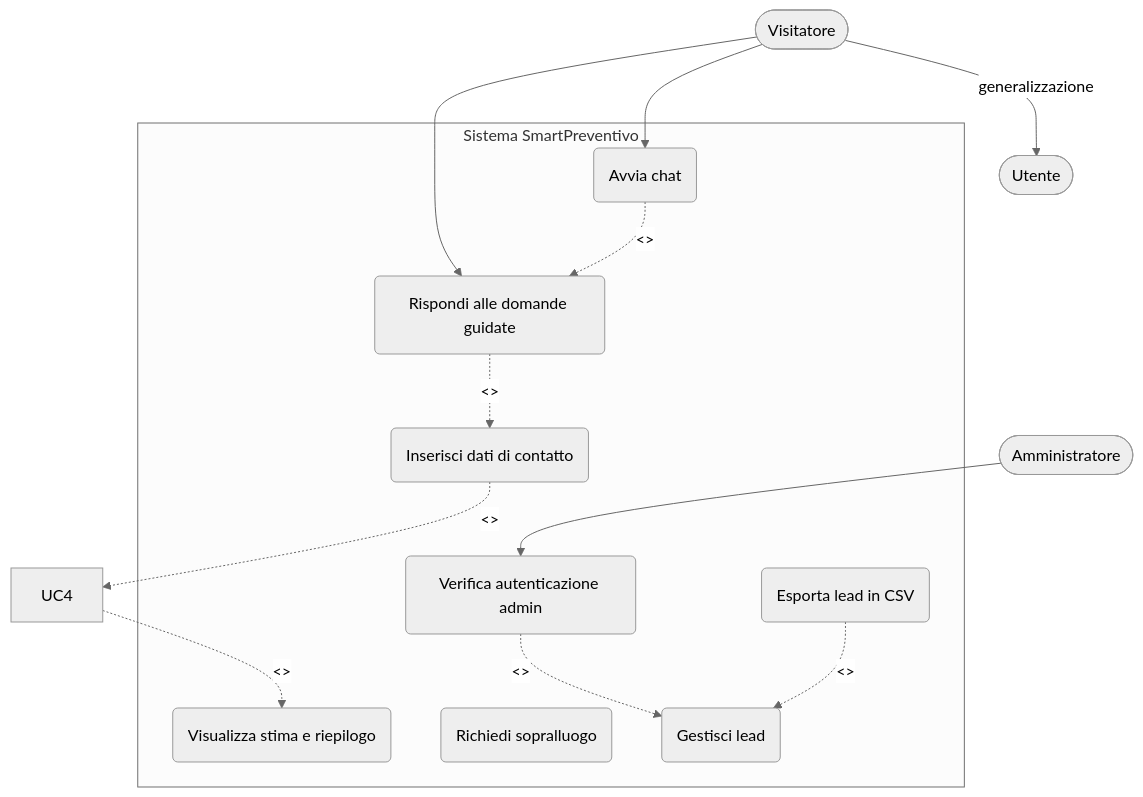
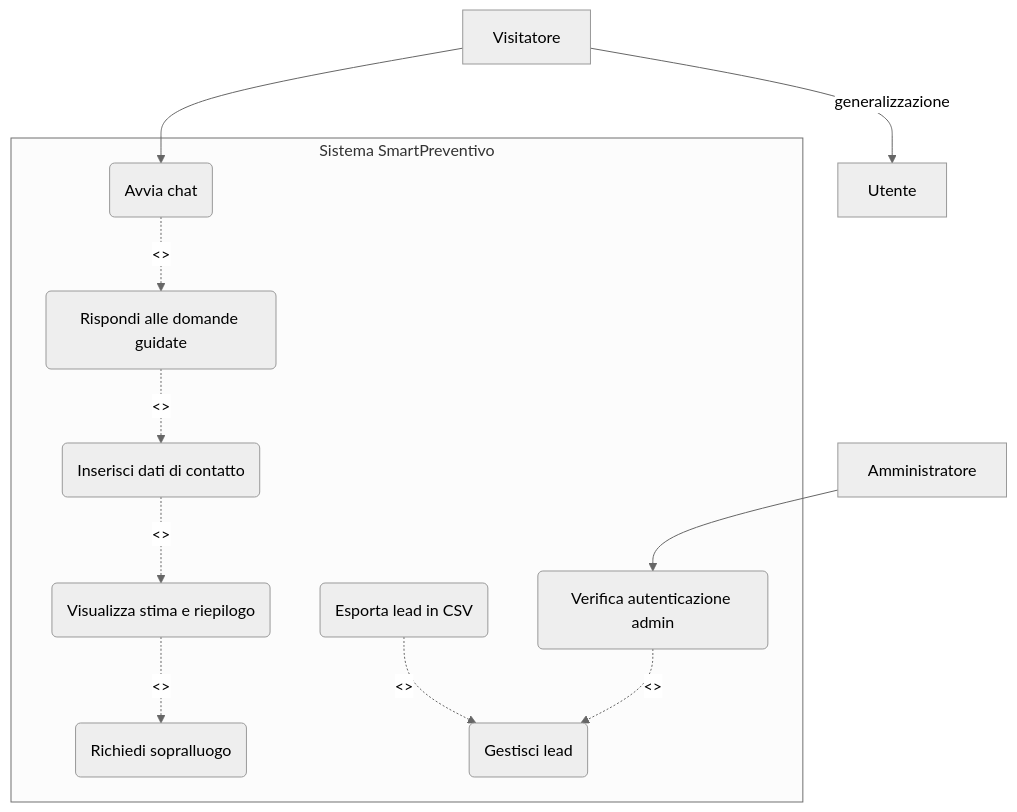
The first of 2 diagrams in SmartPreventivo – Documento dei Requisiti(V3).md (MarcoClementi/Progetto_Fine_Anno25-26), drawn with Mermaid (neutral theme) before and after one commit.

Commit message:
Update SmartPreventivo – Documento dei Requisiti(V3).md

````diff
--- a/SmartPreventivo – Documento dei Requisiti(V3).md
+++ b/SmartPreventivo – Documento dei Requisiti(V3).md
@@ -160,29 +160,30 @@
 ```mermaid
 flowchart TB
  subgraph subGraph["Sistema SmartPreventivo"]
         UC1("Avvia chat")
         UC2("Rispondi alle domande guidate")
         UC3("Inserisci dati di contatto")
-        UC5("Visualizza stima e riepilogo")
-        UC6("Richiedi sopralluogo")
-        UC7("Verifica autenticazione admin")
-        UC9("Esporta lead in CSV")
+        UC4("Visualizza stima e riepilogo")
+        UC5("Richiedi sopralluogo")
+        UC6("Verifica autenticazione admin")
+        UC7("Esporta lead in CSV")
         UC8("Gestisci lead")
   end
-    V(["Visitatore"]) -- generalizzazione --> U(["Utente"])
-    V --> UC1 & UC2 
-    A(["Amministratore"]) --> UC7  
+    V["Visitatore"] -- generalizzazione --> U["Utente"]
+    V --> UC1
+    A["Amministratore"] --> UC6
       
-    UC7 -. &lt;&gt; .-> UC8
+    
   
    
      %% Relazioni include
     UC1 -.->|"<<include>>"| UC2
-    UC4 -.->|"<<include>>"| UC5
-
+    UC2 -.->|"<<include>>"| UC3
+    UC3 -.->|"<<include>>"| UC4
+   
 
     %% Relazioni extend
-    UC9 -.->|"<<extend>>"| UC8
-    UC2 -.->|"<<extend>>"| UC3
-    UC3 -.->|"<<extend>>"| UC4
+    UC7 -.->|"<<extend>>"| UC8
+    UC4 -.->|"<<extend>>"| UC5
+    UC6 -.->|"<<extend>>"| UC8
 ```
````
